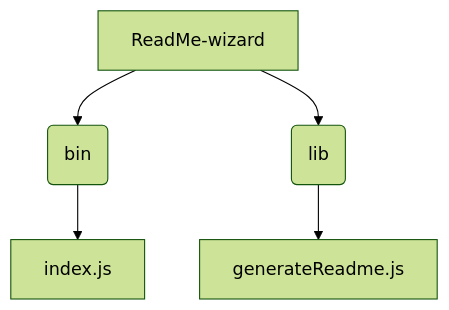
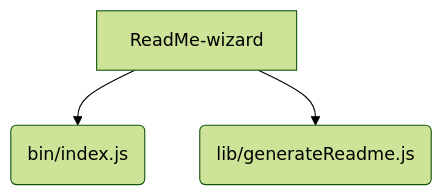
Before and after one commit to PIYUSH1SAINI/ReadMe-wiz: the second of 2 diagrams in README.md, drawn with Mermaid (forest theme). The commit also changed other lines of this file and 1 other file, not shown here.

Commit message:
CLI layout improved - wizard icon / color added

````diff
--- a/README.md
+++ b/README.md
@@ -25,8 +24,5 @@
 ```mermaid
 graph TD
-    A[ReadMe-wizard] --> B(bin);
-    B --> C[index.js];
-    A --> D(lib);
-    D --> E[generateReadme.js];
-
+    A[ReadMe-wizard] --> B("bin/index.js");
+    A --> C("lib/generateReadme.js");
 ```
````
